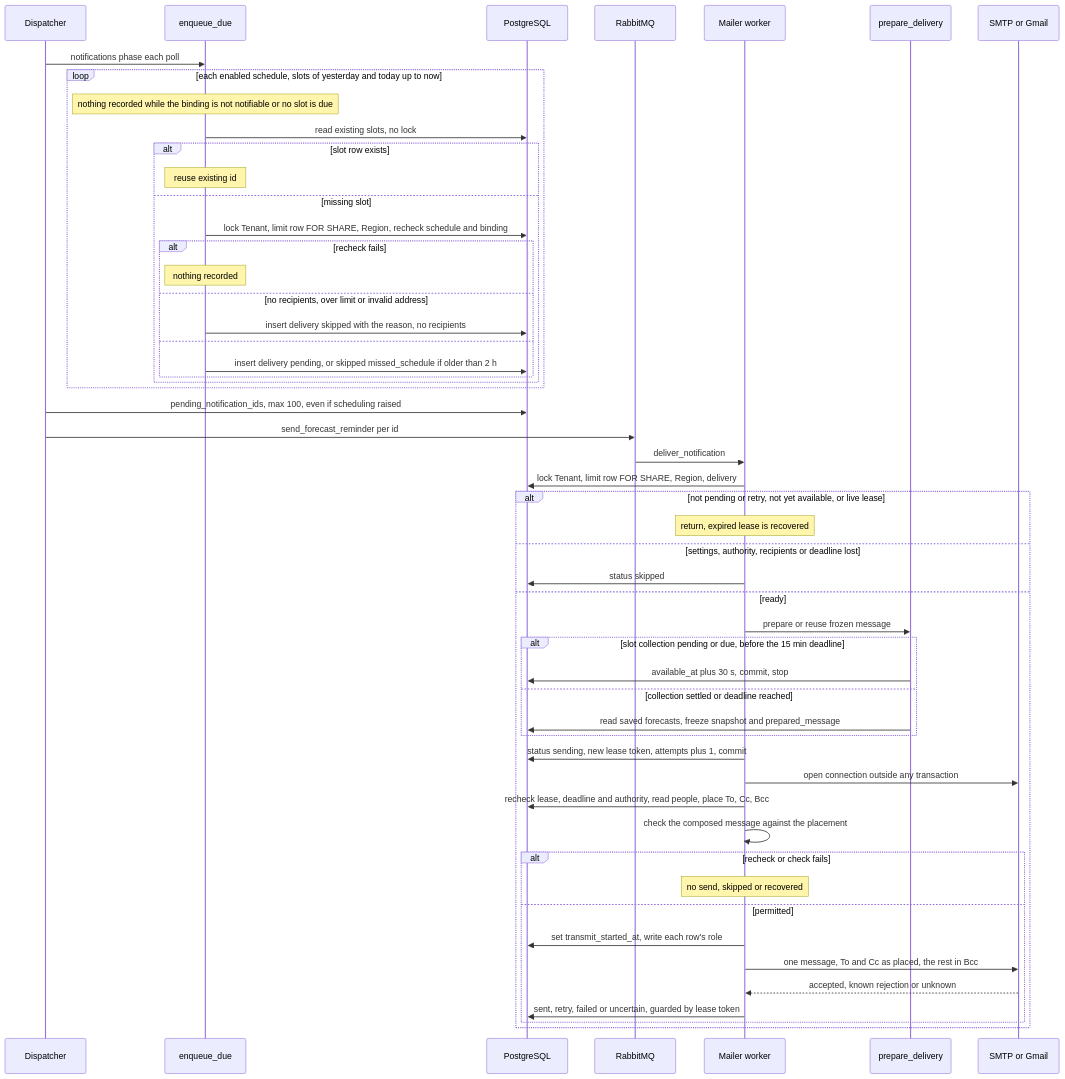
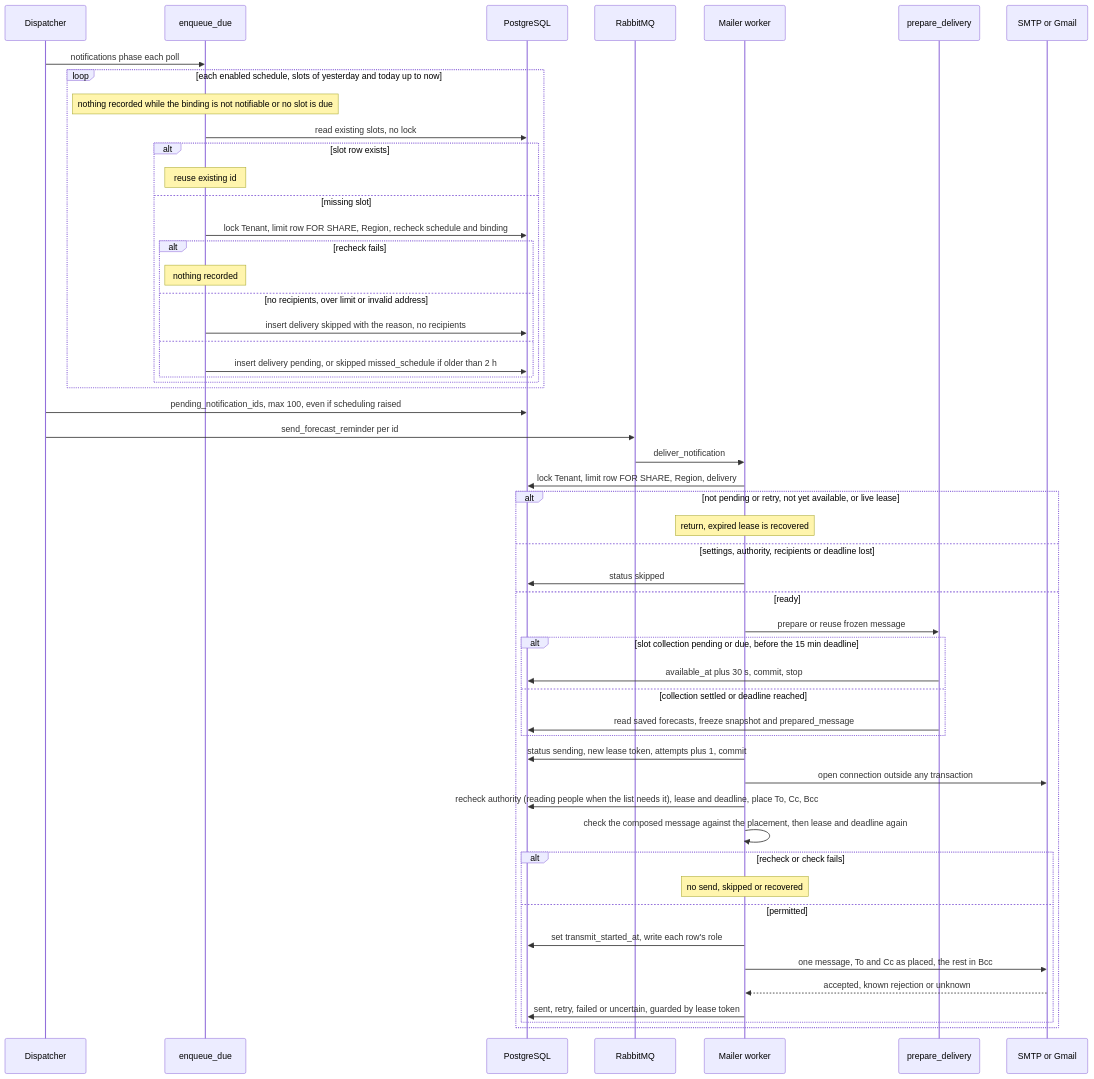
Before and after one commit to erkurtharun/pyracast: the diagram in docs/flows/reminder-delivery.md, drawn with Mermaid. The commit also changed other lines of this file and 2 other files, not shown here.

First line of the commit message:
Describe the recipient limit of 1 to 100 and the second clock reading at the transmit marker

````diff
--- a/docs/flows/reminder-delivery.md
+++ b/docs/flows/reminder-delivery.md
@@ -21,55 +21,55 @@
 ```mermaid
 sequenceDiagram
     participant D as Dispatcher
     participant S as enqueue_due
     participant DB as PostgreSQL
     participant Q as RabbitMQ
     participant W as Mailer worker
     participant P as prepare_delivery
     participant M as SMTP or Gmail
     D->>S: notifications phase each poll
     loop each enabled schedule, slots of yesterday and today up to now
         Note over S: nothing recorded while the binding is not notifiable or no slot is due
         S->>DB: read existing slots, no lock
         alt slot row exists
             Note over S: reuse existing id
         else missing slot
             S->>DB: lock Tenant, limit row FOR SHARE, Region, recheck schedule and binding
             alt recheck fails
                 Note over S: nothing recorded
             else no recipients, over limit or invalid address
                 S->>DB: insert delivery skipped with the reason, no recipients
             else
                 S->>DB: insert delivery pending, or skipped missed_schedule if older than 2 h
             end
         end
     end
     D->>DB: pending_notification_ids, max 100, even if scheduling raised
     D->>Q: send_forecast_reminder per id
     Q->>W: deliver_notification
     W->>DB: lock Tenant, limit row FOR SHARE, Region, delivery
     alt not pending or retry, not yet available, or live lease
         Note over W: return, expired lease is recovered
     else settings, authority, recipients or deadline lost
         W->>DB: status skipped
     else ready
         W->>P: prepare or reuse frozen message
         alt slot collection pending or due, before the 15 min deadline
             P->>DB: available_at plus 30 s, commit, stop
         else collection settled or deadline reached
             P->>DB: read saved forecasts, freeze snapshot and prepared_message
         end
         W->>DB: status sending, new lease token, attempts plus 1, commit
         W->>M: open connection outside any transaction
-        W->>DB: recheck lease, deadline and authority, read people, place To, Cc, Bcc
-        W->>W: check the composed message against the placement
+        W->>DB: recheck authority (reading people when the list needs it), lease and deadline, place To, Cc, Bcc
+        W->>W: check the composed message against the placement, then lease and deadline again
         alt recheck or check fails
             Note over W: no send, skipped or recovered
         else permitted
             W->>DB: set transmit_started_at, write each row's role
             W->>M: one message, To and Cc as placed, the rest in Bcc
             M-->>W: accepted, known rejection or unknown
             W->>DB: sent, retry, failed or uncertain, guarded by lease token
         end
     end
 ```
````
